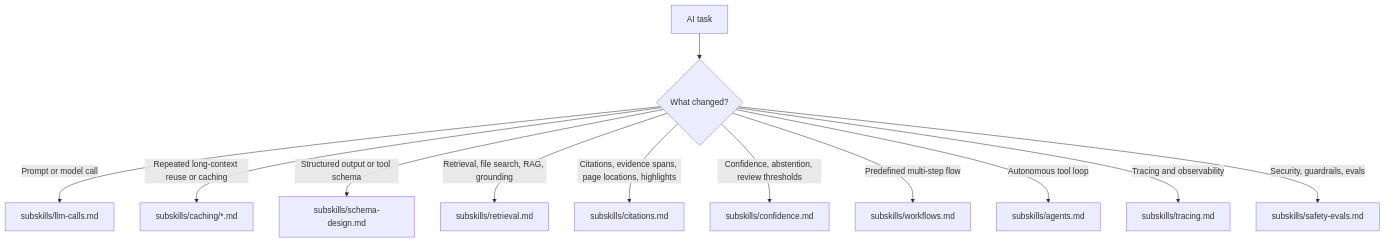
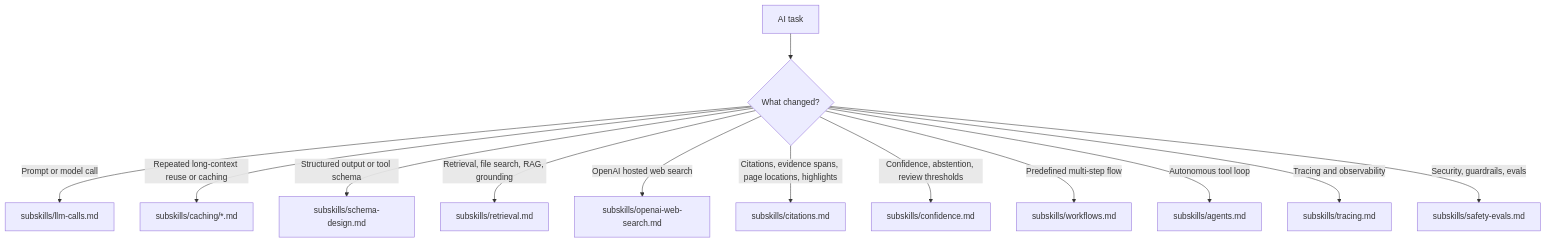
The diagram in skills/ai-engineering/SKILL.md (f-krause/ai-engineering-skills), drawn with Mermaid before and after one commit. The commit also changed other lines of this file and 3 other files, not shown here.

Commit message:
[WIP] adding openai web search skill

````diff
--- a/skills/ai-engineering/SKILL.md
+++ b/skills/ai-engineering/SKILL.md
@@ -25,14 +25,15 @@
 ```mermaid
 flowchart TD
     A[AI task] --> B{What changed?}
     B -->|Prompt or model call| C[subskills/llm-calls.md]
     B -->|Repeated long-context reuse or caching| I[subskills/caching/*.md]
     B -->|Structured output or tool schema| D[subskills/schema-design.md]
     B -->|Retrieval, file search, RAG, grounding| J[subskills/retrieval.md]
+    B -->|OpenAI hosted web search| M[subskills/openai-web-search.md]
     B -->|Citations, evidence spans, page locations, highlights| K[subskills/citations.md]
     B -->|Confidence, abstention, review thresholds| L[subskills/confidence.md]
     B -->|Predefined multi-step flow| E[subskills/workflows.md]
     B -->|Autonomous tool loop| F[subskills/agents.md]
     B -->|Tracing and observability| G[subskills/tracing.md]
     B -->|Security, guardrails, evals| H[subskills/safety-evals.md]
 ```
````
